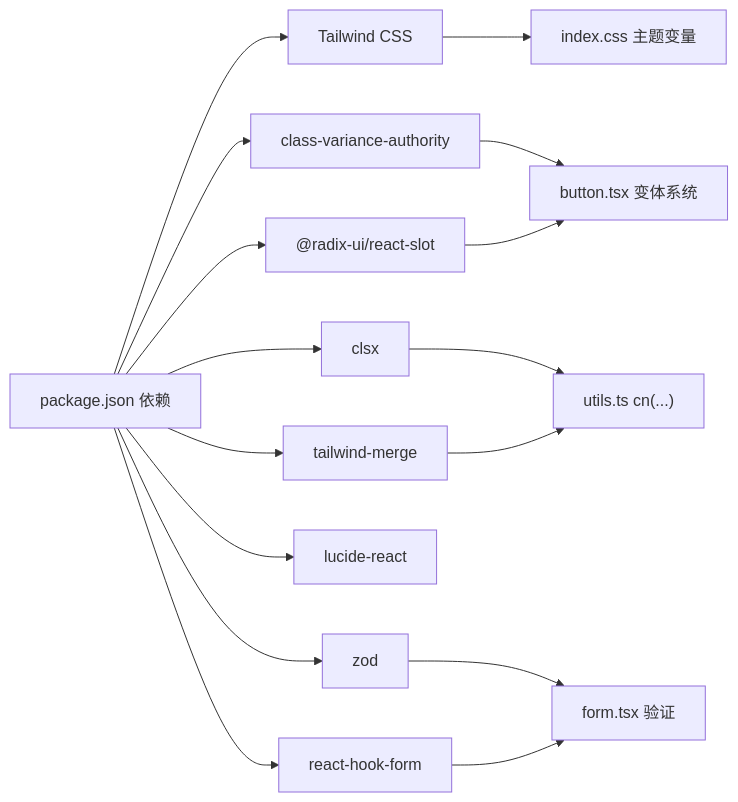
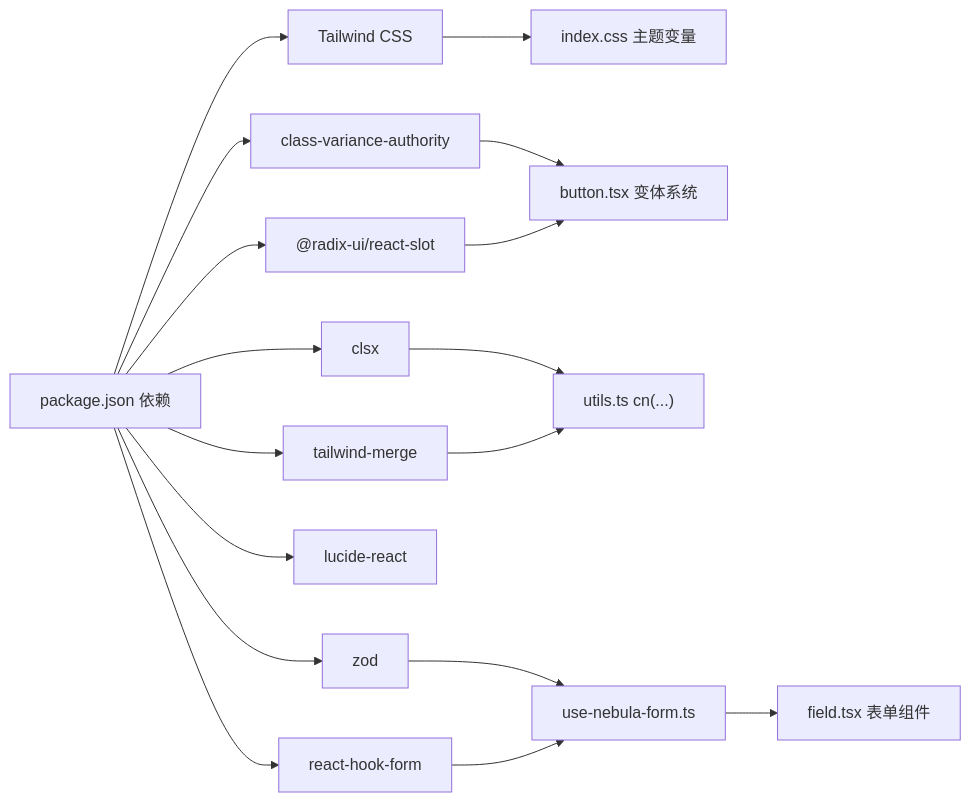
Diagram 11 of 11 in .qoder/repowiki/zh/content/前端系统/UI 组件库/UI 组件库.md (translateServers/nodes-stack), drawn with Mermaid before and after one commit. The commit also changed other lines of this file and 17 other files, not shown here.

````diff
--- a/.qoder/repowiki/zh/content/前端系统/UI 组件库/UI 组件库.md
+++ b/.qoder/repowiki/zh/content/前端系统/UI 组件库/UI 组件库.md
@@ -693,18 +738,19 @@
 ```mermaid
 graph LR
 PKG["package.json 依赖"] --> TWCSS["Tailwind CSS"]
 PKG --> CVA["class-variance-authority"]
 PKG --> CLSX["clsx"]
 PKG --> TM["tailwind-merge"]
 PKG --> RADIX["@radix-ui/react-slot"]
 PKG --> LUCIDE["lucide-react"]
 PKG --> ZOD["zod"]
 PKG --> RHF["react-hook-form"]
 TWCSS --> THEME["index.css 主题变量"]
 CVA --> BTN["button.tsx 变体系统"]
 RADIX --> BTN
 CLSX --> UTIL["utils.ts cn(...)"]
 TM --> UTIL
-ZOD --> FORM["form.tsx 验证"]
-RHF --> FORM
+ZOD --> USEFORM["use-nebula-form.ts"]
+RHF --> USEFORM
+USEFORM --> FIELD["field.tsx 表单组件"]
 ```
````
